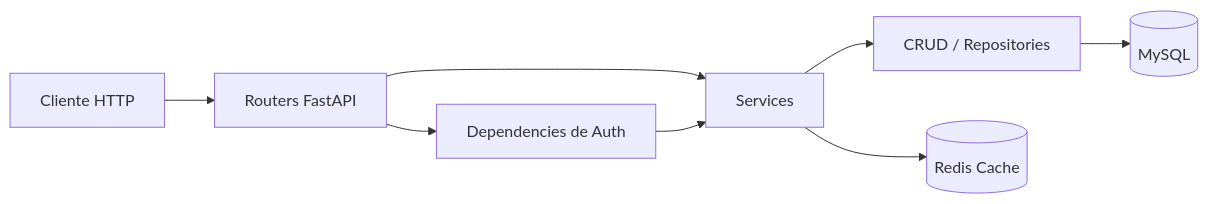
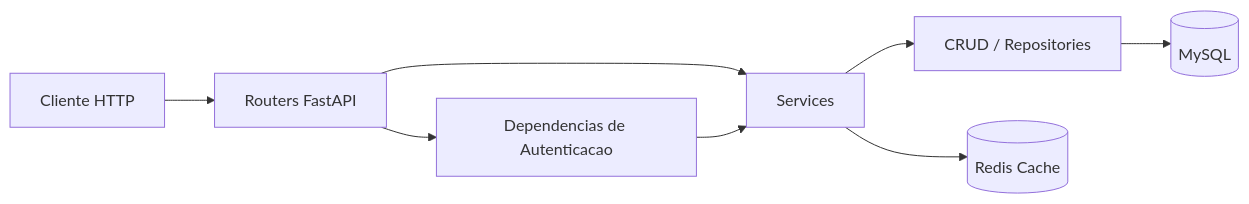
The diagram in README.md (MatheusEbert010/telecom_api), drawn with Mermaid before and after one commit. The commit also changed other lines of this file and 5 other files, not shown here.

````diff
--- a/README.md
+++ b/README.md
@@ -100,10 +101,10 @@
 ```mermaid
 flowchart LR
     A[Cliente HTTP] --> B[Routers FastAPI]
     B --> C[Services]
     C --> D[CRUD / Repositories]
     D --> E[(MySQL)]
     C --> F[(Redis Cache)]
-    B --> G[Dependencies de Auth]
+    B --> G[Dependencias de Autenticacao]
     G --> C
 ```
````
